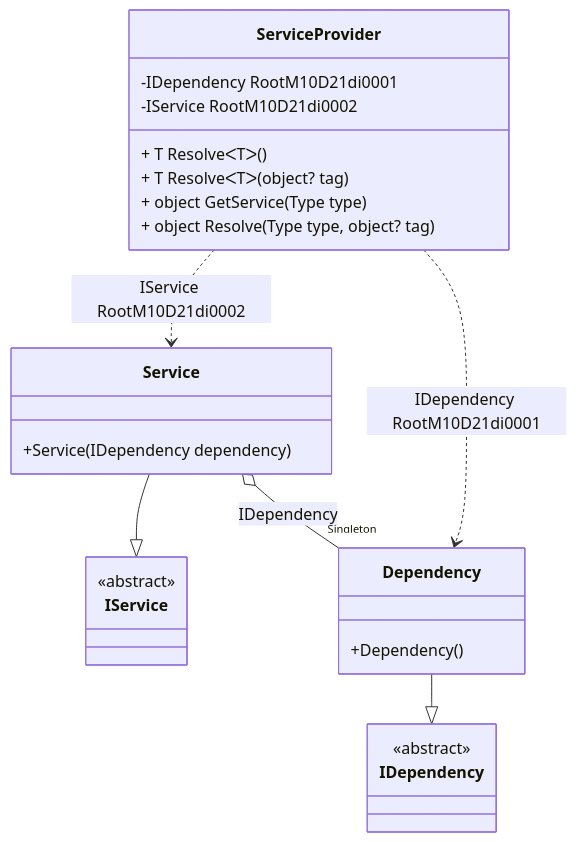
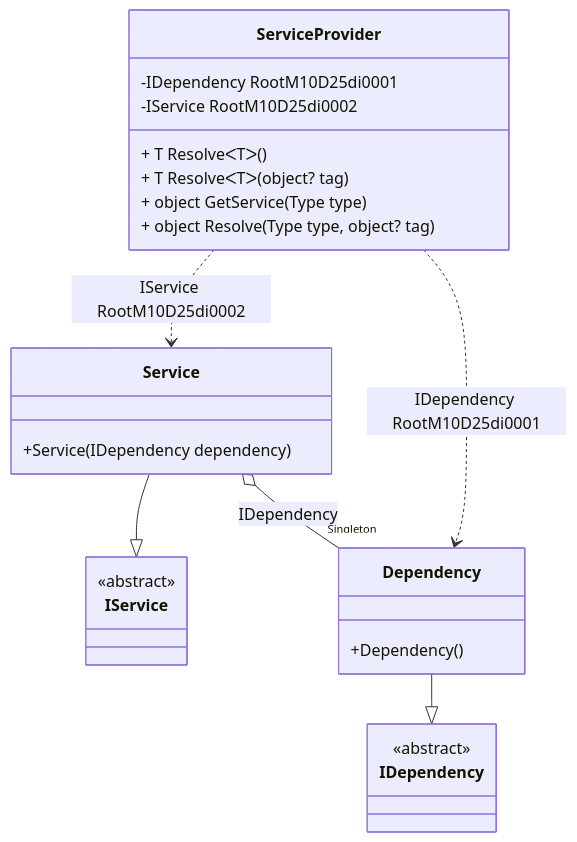
One commit to DevTeam/Pure.DI changed the diagram in readme/service-provider.md. Above: the diagram before and after it, drawn with Mermaid. The commit also changed other lines of this file and 72 other files, not shown here.

````diff
--- a/readme/service-provider.md
+++ b/readme/service-provider.md
@@ -49,28 +49,28 @@
 ```mermaid
 classDiagram
   class ServiceProvider {
-    -IDependency RootM10D21di0001
-    -IService RootM10D21di0002
+    -IDependency RootM10D25di0001
+    -IService RootM10D25di0002
     + T ResolveᐸTᐳ()
     + T ResolveᐸTᐳ(object? tag)
     + object GetService(Type type)
     + object Resolve(Type type, object? tag)
   }
   Service --|> IService : 
   class Service {
     +Service(IDependency dependency)
   }
   Dependency --|> IDependency : 
   class Dependency {
     +Dependency()
   }
   class IService {
     <<abstract>>
   }
   class IDependency {
     <<abstract>>
   }
   Service o--  "Singleton" Dependency : IDependency
-  ServiceProvider ..> Dependency : IDependency RootM10D21di0001
-  ServiceProvider ..> Service : IService RootM10D21di0002
+  ServiceProvider ..> Dependency : IDependency RootM10D25di0001
+  ServiceProvider ..> Service : IService RootM10D25di0002
 ```
````
